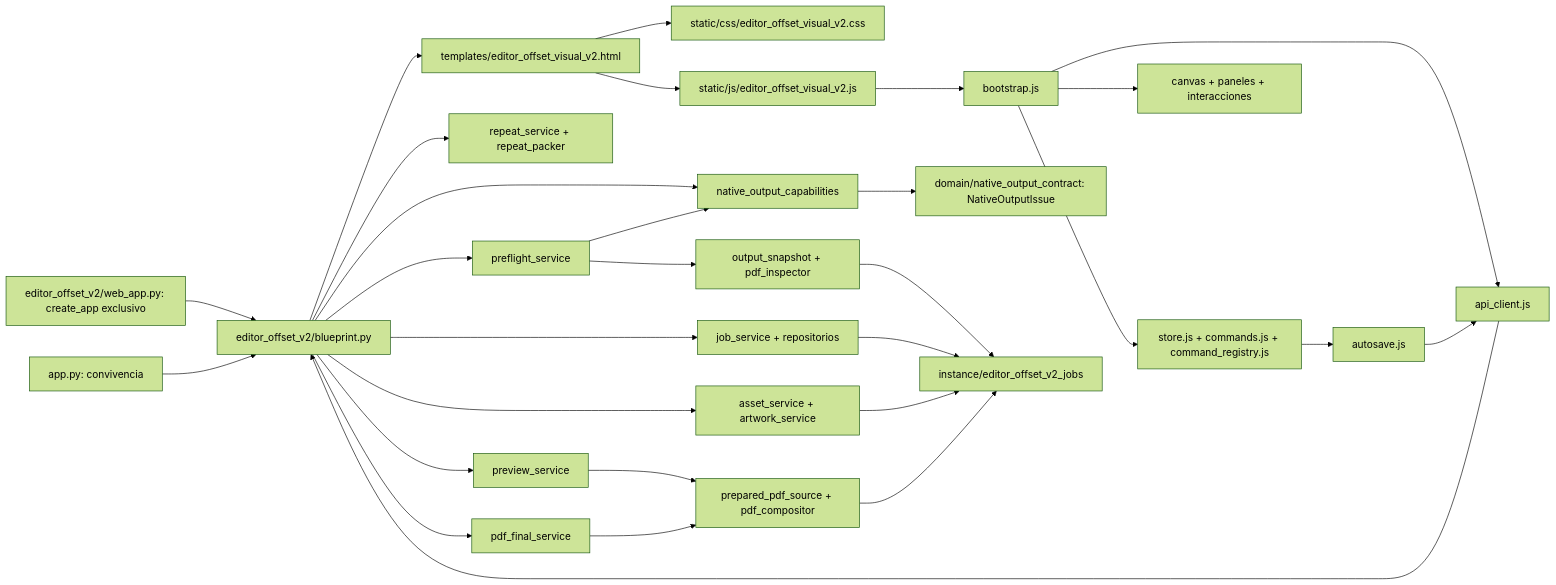
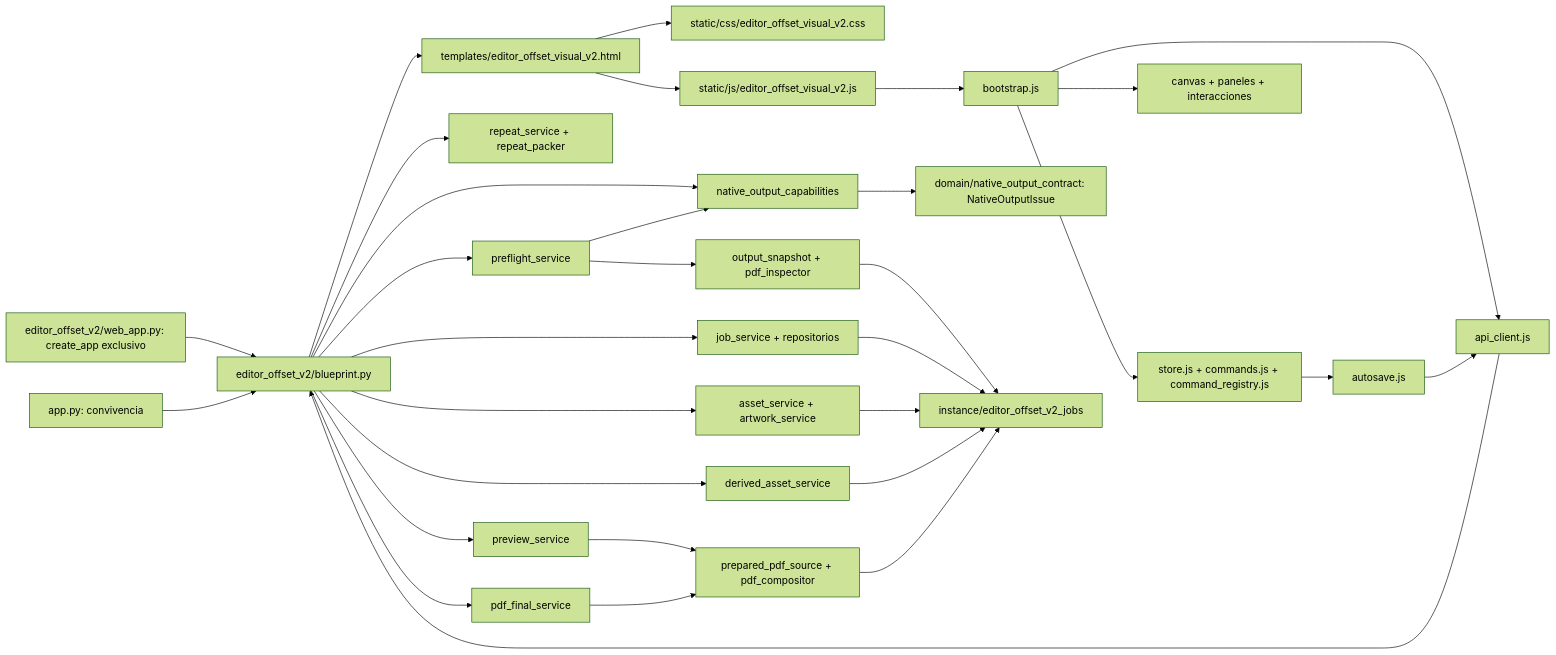
One commit to Anibalmartineez/revista-montaje-ai changed the diagram in DOCS/OFFSET/V2/44_MAPA_CONEXIONES_EDITOR_OFFSET_V2.md. Above: the diagram before and after it, drawn with Mermaid (forest theme). The commit also changed other lines of this file and 1 other file, not shown here.

````diff
--- a/DOCS/OFFSET/V2/44_MAPA_CONEXIONES_EDITOR_OFFSET_V2.md
+++ b/DOCS/OFFSET/V2/44_MAPA_CONEXIONES_EDITOR_OFFSET_V2.md
@@ -7,31 +7,33 @@
 ```mermaid
 flowchart LR
   HOST[editor_offset_v2/web_app.py: create_app exclusivo] --> BP[editor_offset_v2/blueprint.py]
   APP[app.py: convivencia] --> BP
   BP --> HTML[templates/editor_offset_visual_v2.html]
   HTML --> CSS[static/css/editor_offset_visual_v2.css]
   HTML --> ENTRY[static/js/editor_offset_visual_v2.js]
   ENTRY --> BOOT[bootstrap.js]
   BOOT --> STORE[store.js + commands.js + command_registry.js]
   BOOT --> UI[canvas + paneles + interacciones]
   BOOT --> API[api_client.js]
   STORE --> SAVE[autosave.js]
   SAVE --> API
   API --> BP
   BP --> JOB[job_service + repositorios]
   BP --> ASSET[asset_service + artwork_service]
+  BP --> DER[derived_asset_service]
   BP --> REPEAT[repeat_service + repeat_packer]
   BP --> PREF[preflight_service]
   BP --> CAP[native_output_capabilities]
   PREF --> CAP
   CAP --> DTO[domain/native_output_contract: NativeOutputIssue]
   BP --> PREVIEW[preview_service]
   BP --> PDF[pdf_final_service]
   PREF --> SNAP[output_snapshot + pdf_inspector]
   PREVIEW --> COMPOSE[prepared_pdf_source + pdf_compositor]
   PDF --> COMPOSE
   SNAP --> FILES[instance/editor_offset_v2_jobs]
   JOB --> FILES
   ASSET --> FILES
+  DER --> FILES
   COMPOSE --> FILES
 ```
````
